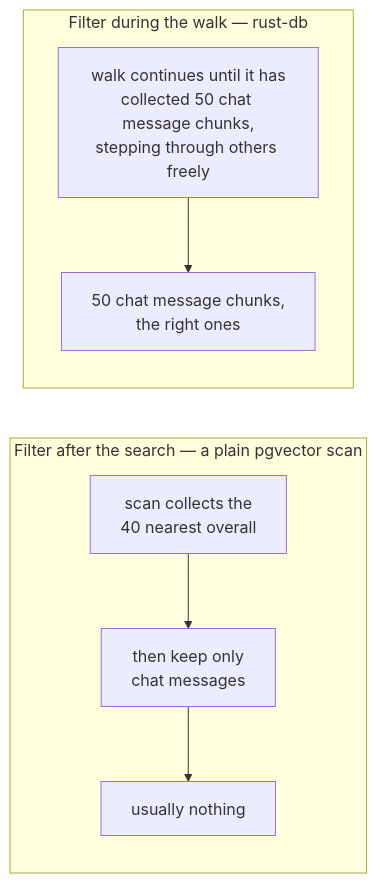
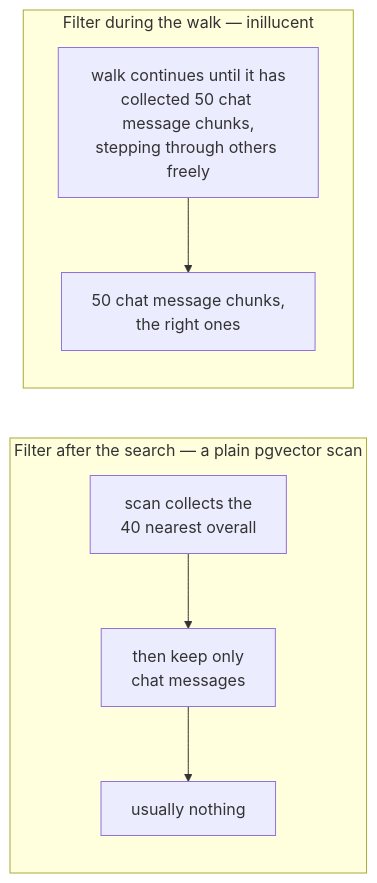
Before and after one commit to jasonmcaffee/inillucent: the fifth of 5 diagrams in architecture.md, drawn with Mermaid. The commit also changed other lines of this file and 767 other files, not shown here.

````diff
--- a/architecture.md
+++ b/architecture.md
@@ -195,9 +195,9 @@
 ```mermaid
 flowchart LR
     subgraph Old["Filter after the search — a plain pgvector scan"]
         S1["scan collects the<br/>40 nearest overall"] --> F1["then keep only<br/>chat messages"] --> R1["usually nothing"]
     end
-    subgraph New["Filter during the walk — rust-db"]
+    subgraph New["Filter during the walk — inillucent"]
         S2["walk continues until it has<br/>collected 50 chat message chunks,<br/>stepping through others freely"] --> R2["50 chat message chunks,<br/>the right ones"]
     end
 ```
````
